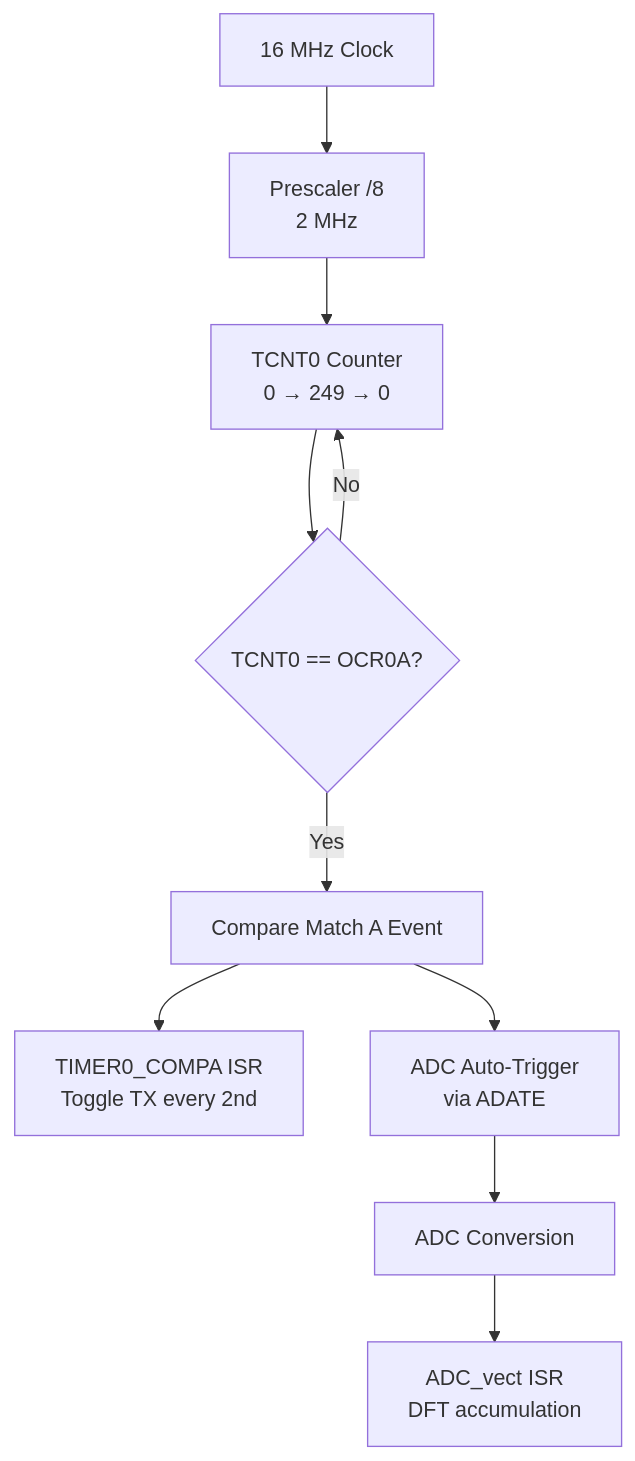
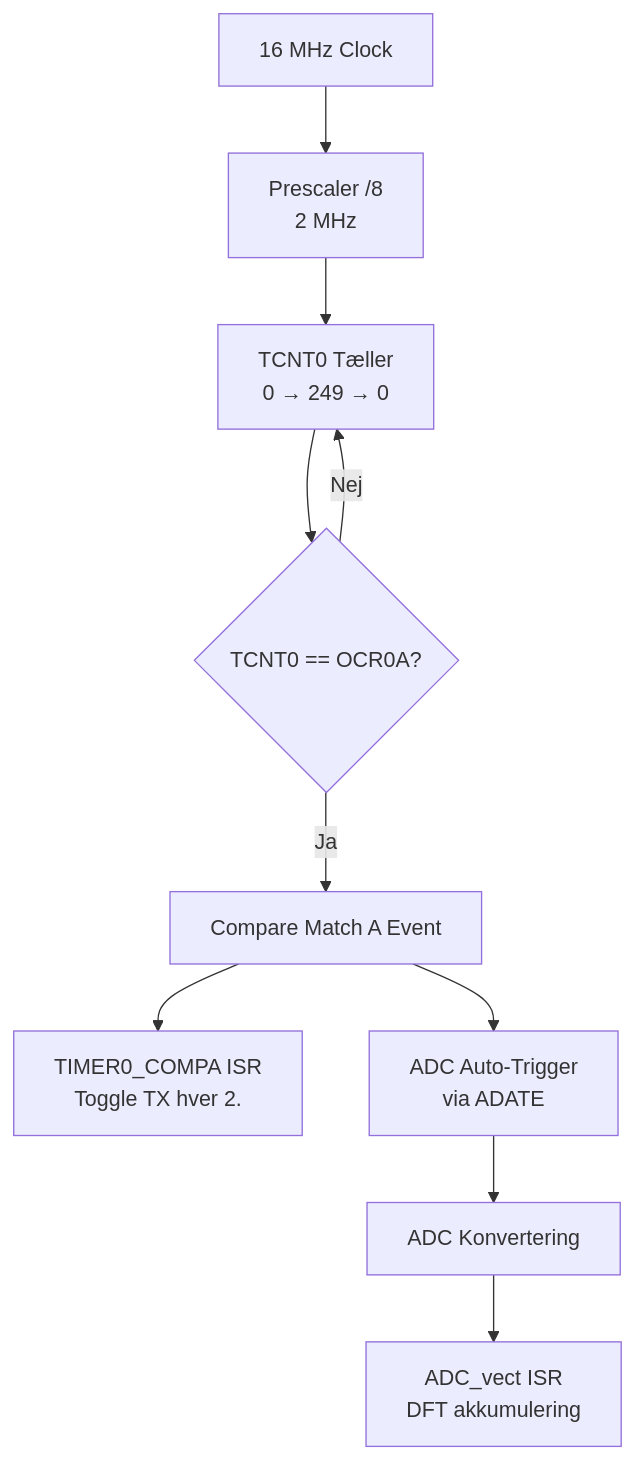
Before and after one commit to MadsRudolph/34621-Metal-Detector: the second of 2 diagrams in Docs/Guides/Code_Review.md, drawn with Mermaid. The commit also changed other lines of this file and 36 other files, not shown here.

````diff
--- a/Docs/Guides/Code_Review.md
+++ b/Docs/Guides/Code_Review.md
@@ -262,14 +262,14 @@
 ```mermaid
 flowchart TD
     CLK[16 MHz Clock] --> PRE[Prescaler /8<br>2 MHz]
-    PRE --> CNT[TCNT0 Counter<br>0 → 249 → 0]
+    PRE --> CNT[TCNT0 Tæller<br>0 → 249 → 0]
     CNT --> CMP{TCNT0 == OCR0A?}
-    CMP -->|Yes| EVENT[Compare Match A Event]
-    CMP -->|No| CNT
+    CMP -->|Ja| EVENT[Compare Match A Event]
+    CMP -->|Nej| CNT
 
-    EVENT --> ISR[TIMER0_COMPA ISR<br>Toggle TX every 2nd]
+    EVENT --> ISR[TIMER0_COMPA ISR<br>Toggle TX hver 2.]
     EVENT --> ADC[ADC Auto-Trigger<br>via ADATE]
 
-    ADC --> CONV[ADC Conversion]
-    CONV --> ADC_ISR[ADC_vect ISR<br>DFT accumulation]
+    ADC --> CONV[ADC Konvertering]
+    CONV --> ADC_ISR[ADC_vect ISR<br>DFT akkumulering]
 ```
````
